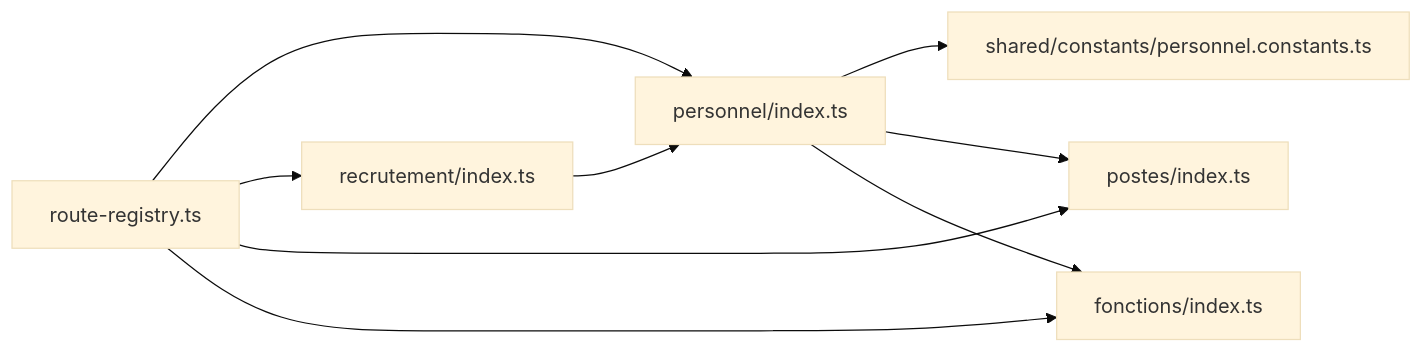
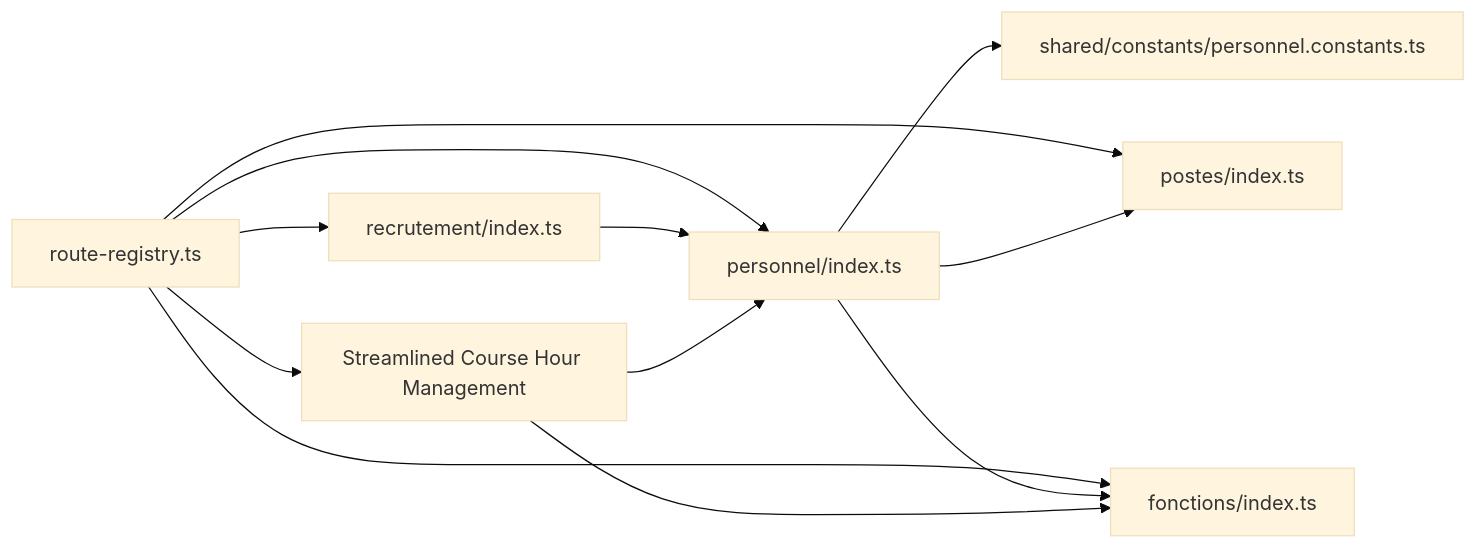
Before and after one commit to franckylab/eLISAschool: the eighth of 8 diagrams in .qoder/repowiki/en/content/Human Resources Management/Personnel Administration/Personnel Administration.md, drawn with Mermaid (base theme). The commit also changed other lines of this file and 49 other files, not shown here.

````diff
--- a/.qoder/repowiki/en/content/Human Resources Management/Personnel Administration/Personnel Administration.md
+++ b/.qoder/repowiki/en/content/Human Resources Management/Personnel Administration/Personnel Administration.md
@@ -369,11 +435,14 @@
 ```mermaid
 graph LR
 RT["route-registry.ts"] --> P["personnel/index.ts"]
 RT --> R["recrutement/index.ts"]
 RT --> PO["postes/index.ts"]
 RT --> F["fonctions/index.ts"]
+RT --> CHM["Streamlined Course Hour Management"]
 P --> C["shared/constants/personnel.constants.ts"]
 R --> P
 P --> PO
 P --> F
+CHM --> P
+CHM --> F
 ```
````
